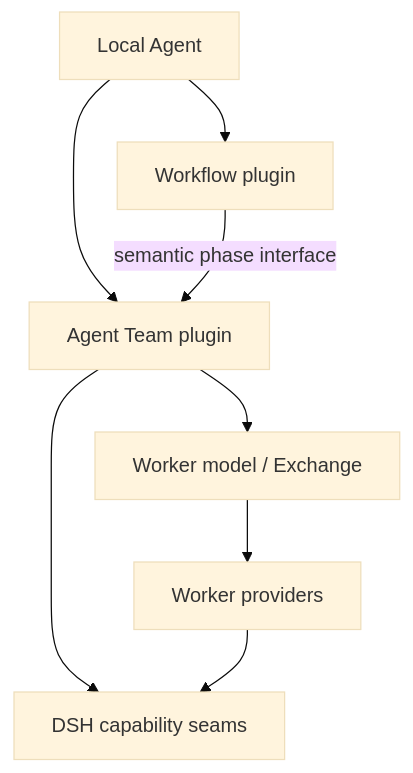
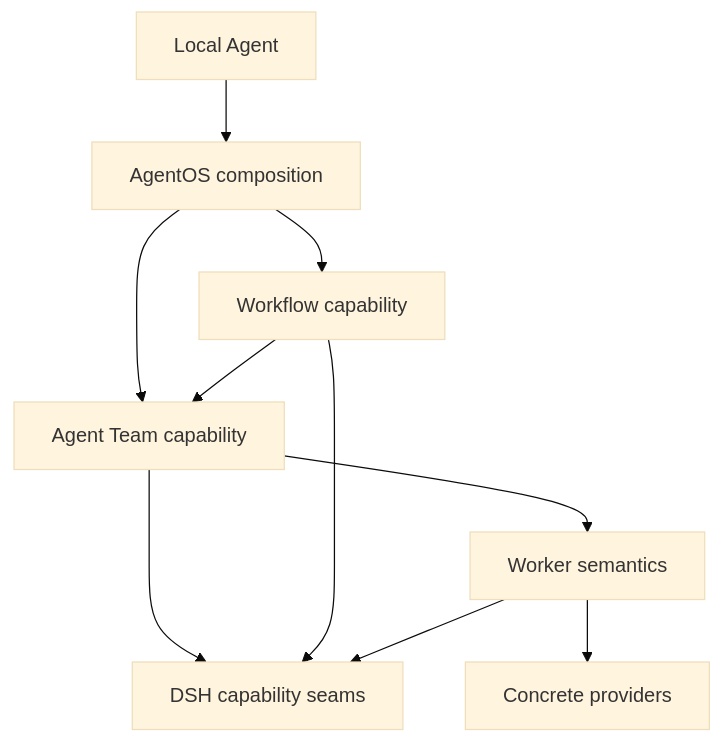
Before and after one commit to tsuuanmi/AgentOS: the fourth of 6 diagrams in docs/architecture/README.md, drawn with Mermaid (base theme). The commit also changed other lines of this file, not shown here.

Commit message:
docs: define AgentOS plugin-of-plugins architecture

```diff
--- a/docs/architecture/README.md
+++ b/docs/architecture/README.md
@@ -195,17 +270,21 @@
 ~~~mermaid
 flowchart TD
     Local[Local Agent]
-    Workflow[Workflow plugin]
-    Team[Agent Team plugin]
-    Worker[Worker model / Exchange]
-    Seam[DSH capability seams]
-    Provider[Worker providers]
+    AgentOS[AgentOS composition]
+    Workflow[Workflow capability]
+    Team[Agent Team capability]
+    Worker[Worker semantics]
+    DSH[DSH capability seams]
+    Providers[Concrete providers]
 
-    Local --> Workflow
-    Local --> Team
-    Workflow -->|semantic phase interface| Team
+    Local --> AgentOS
+    AgentOS --> Workflow
+    AgentOS --> Team
+    Workflow --> Team
     Team --> Worker
-    Team --> Seam
-    Worker --> Provider
-    Provider --> Seam
+
+    Team --> DSH
+    Workflow --> DSH
+    Worker --> DSH
+    Worker --> Providers
 ~~~
```
